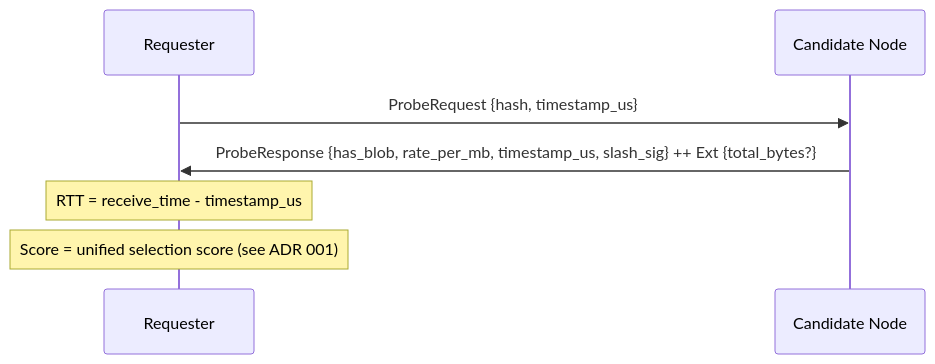
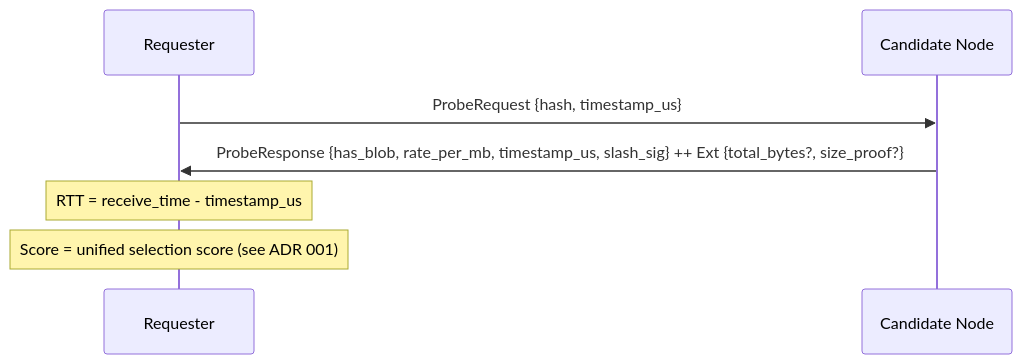
One commit to decdn/decdn changed the first of 3 diagrams in adr/005-protocol.md. Above: the diagram before and after it, drawn with Mermaid. The commit also changed other lines of this file, not shown here.

First line of the commit message:
docs(adr)!: a node proves the blob size

````diff
--- a/adr/005-protocol.md
+++ b/adr/005-protocol.md
@@ -32,11 +32,11 @@
 ```mermaid
 sequenceDiagram
     participant R as Requester
     participant C as Candidate Node
 
     R->>C: ProbeRequest {hash, timestamp_us}
-    C->>R: ProbeResponse {has_blob, rate_per_mb, timestamp_us, slash_sig} ++ Ext {total_bytes?}
+    C->>R: ProbeResponse {has_blob, rate_per_mb, timestamp_us, slash_sig} ++ Ext {total_bytes?, size_proof?}
 
     Note over R: RTT = receive_time - timestamp_us
     Note over R: Score = unified selection score (see ADR 001)
 ```
````
